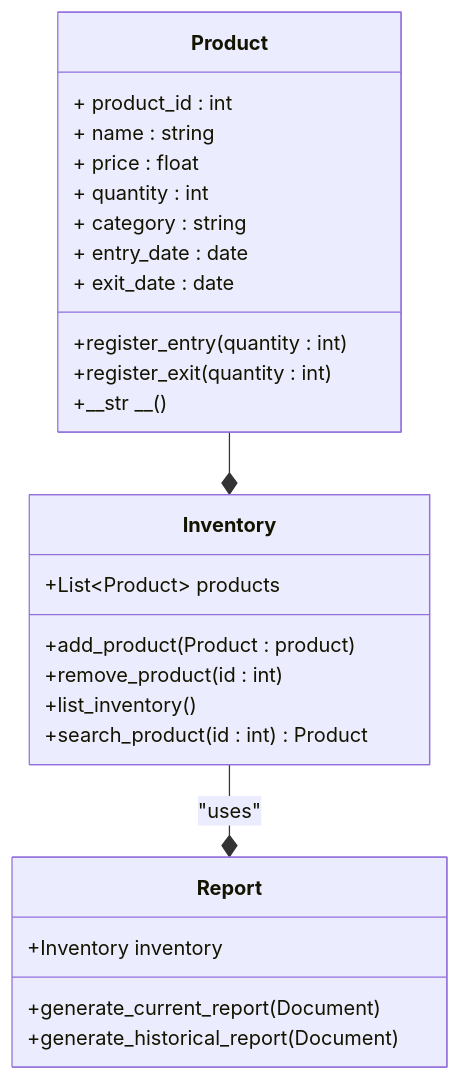
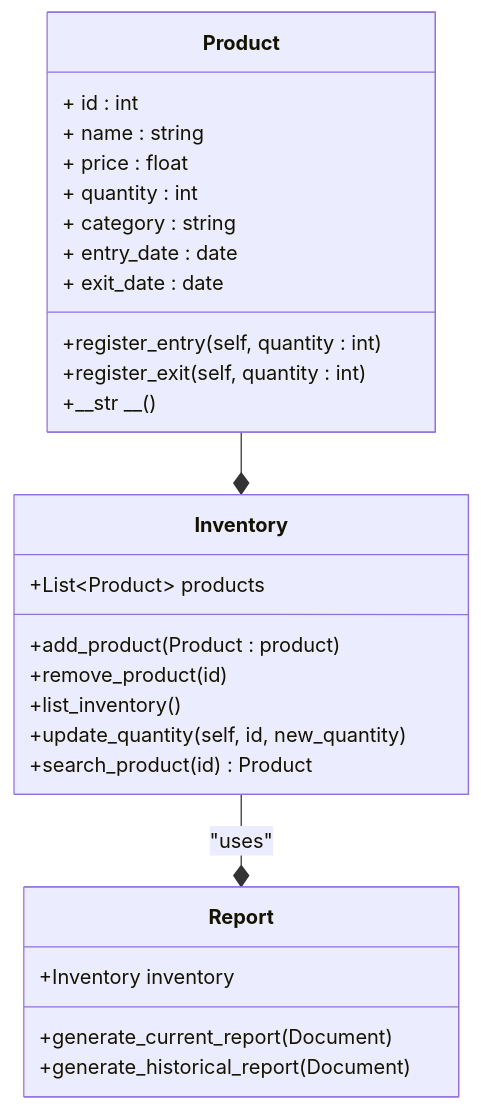
The diagram in README.md (nisaespa/project_progress), drawn with Mermaid before and after one commit. The commit also changed other lines of this file, not shown here.

````diff
--- a/README.md
+++ b/README.md
@@ -6,32 +6,33 @@
 ``` mermaid
 classDiagram
     class Product {
-        + product_id : int
+        + id : int
         + name : string
         + price : float
         + quantity : int
         + category : string
         + entry_date : date
         + exit_date : date
-        +register_entry(quantity : int)
-        +register_exit(quantity : int)
+        +register_entry(self, quantity : int)
+        +register_exit(self, quantity : int)
         +__str __()
     }
 
     class Inventory {
         +List~Product~ products
         +add_product(Product : product)
-        +remove_product(id : int)
+        +remove_product(id)
         +list_inventory()
-        +search_product(id : int) Product
+        +update_quantity(self, id, new_quantity)
+        +search_product(id) Product
     }
 
     class Report {
         +Inventory inventory
         +generate_current_report(Document)
         +generate_historical_report(Document)
     }
 
     Product --* Inventory
     Inventory --* Report : "uses"
 ```
````
